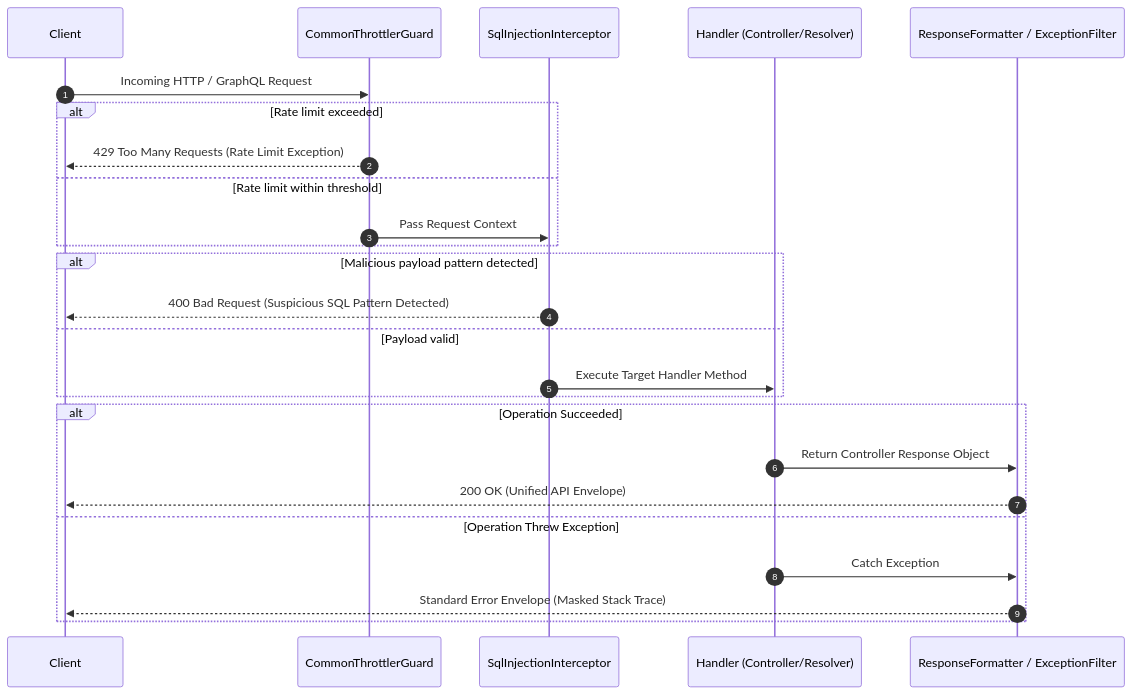
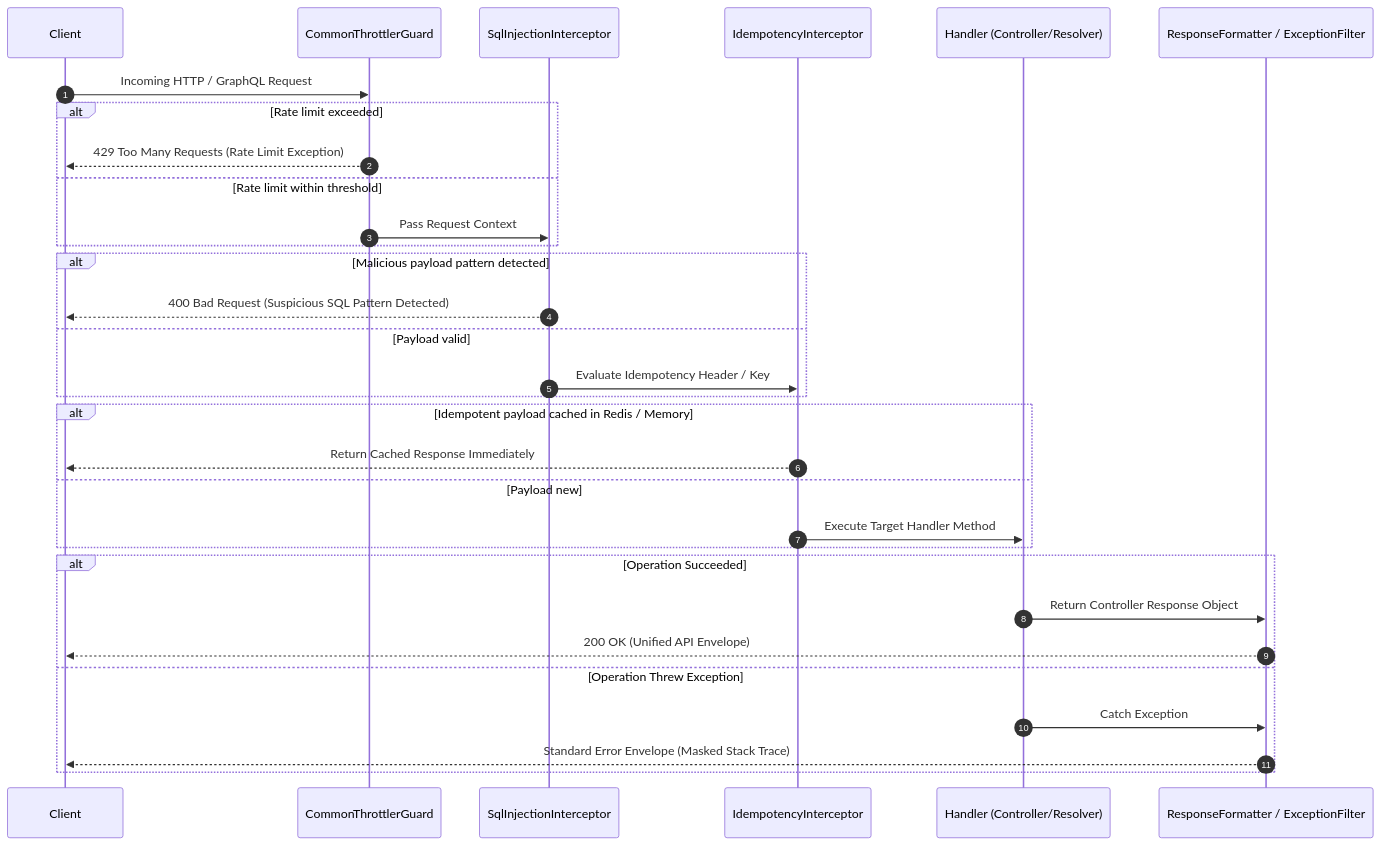
Before and after one commit to Omar-Sa6ry/bts-soft: the second of 3 diagrams in packages/common/README.md, drawn with Mermaid. The commit also changed other lines of this file and 17 other files, not shown here.

First line of the commit message:
Add Resilience modules in @bts-soft/common - Implement ResilienceModule introducing IdempotencyInterceptor integrated with @bts-soft/cache RedisService to prevent request duplication.

````diff
--- a/packages/common/README.md
+++ b/packages/common/README.md
@@ -24,30 +25,37 @@
 ```mermaid
 sequenceDiagram
     autonumber
     participant C as Client
     participant G as CommonThrottlerGuard
     participant I as SqlInjectionInterceptor
+    participant Id as IdempotencyInterceptor
     participant H as Handler (Controller/Resolver)
     participant F as ResponseFormatter / ExceptionFilter
 
     C->>G: Incoming HTTP / GraphQL Request
     alt Rate limit exceeded
         G-->>C: 429 Too Many Requests (Rate Limit Exception)
     else Rate limit within threshold
         G->>I: Pass Request Context
     end
 
     alt Malicious payload pattern detected
         I-->>C: 400 Bad Request (Suspicious SQL Pattern Detected)
     else Payload valid
-        I->>H: Execute Target Handler Method
+        I->>Id: Evaluate Idempotency Header / Key
+    end
+
+    alt Idempotent payload cached in Redis / Memory
+        Id-->>C: Return Cached Response Immediately
+    else Payload new
+        Id->>H: Execute Target Handler Method
     end
 
     alt Operation Succeeded
         H->>F: Return Controller Response Object
         F-->>C: 200 OK (Unified API Envelope)
     else Operation Threw Exception
         H->>F: Catch Exception
         F-->>C: Standard Error Envelope (Masked Stack Trace)
     end
 ```
````
